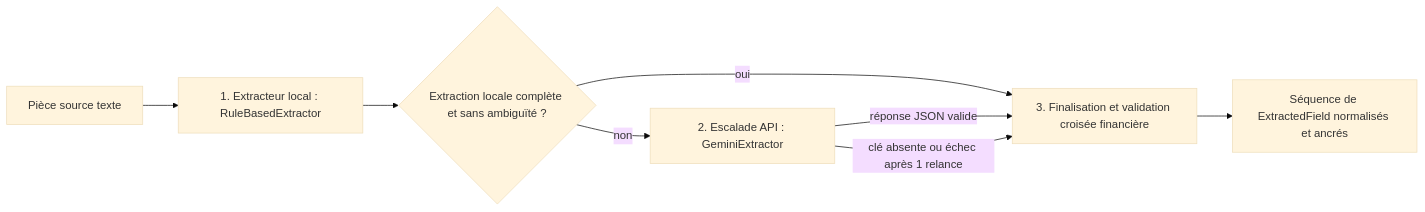
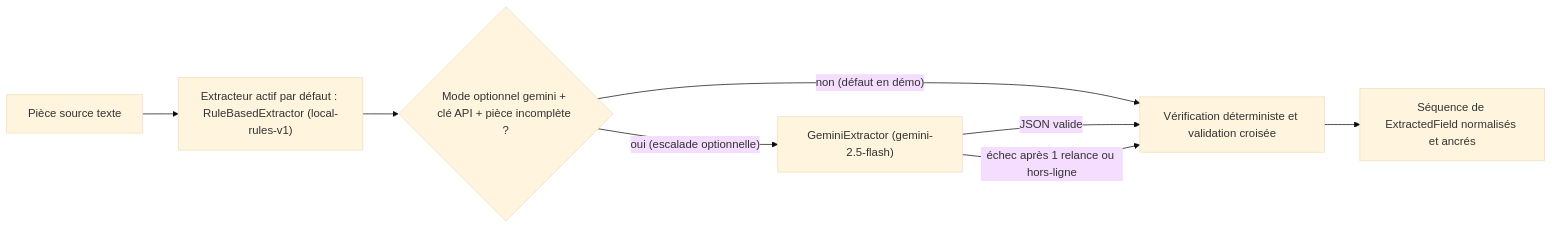
Before and after one commit to Charbel-B/BWAI_Hackathon: the diagram in docs/ia/fiche-ia.md, drawn with Mermaid (base theme). The commit also changed other lines of this file and 1 other file, not shown here.

Commit message:
docs(evaluation): aligner la fiche IA sur le mode local sans cle et mettre a jour les chiffres (#21)

````diff
--- a/docs/ia/fiche-ia.md
+++ b/docs/ia/fiche-ia.md
@@ -17,10 +24,10 @@
 ```mermaid
 flowchart LR
-    P[Pièce source texte] --> L[1. Extracteur local : RuleBasedExtractor]
-    L --> C{Extraction locale complète et sans ambiguïté ?}
-    C -- oui --> V[3. Finalisation et validation croisée financière]
-    C -- non --> G[2. Escalade API : GeminiExtractor]
-    G -- réponse JSON valide --> V
-    G -- clé absente ou échec après 1 relance --> V
-    V --> F[Séquence de ExtractedField normalisés et ancrés]
+    P["Pièce source texte"] --> L["Extracteur actif par défaut : RuleBasedExtractor (local-rules-v1)"]
+    L --> C{"Mode optionnel gemini + clé API + pièce incomplète ?"}
+    C -->|"non (défaut en démo)"| V["Vérification déterministe et validation croisée"]
+    C -->|"oui (escalade optionnelle)"| G["GeminiExtractor (gemini-2.5-flash)"]
+    G -->|"JSON valide"| V
+    G -->|"échec après 1 relance ou hors-ligne"| V
+    V --> F["Séquence de ExtractedField normalisés et ancrés"]
 ```
````
